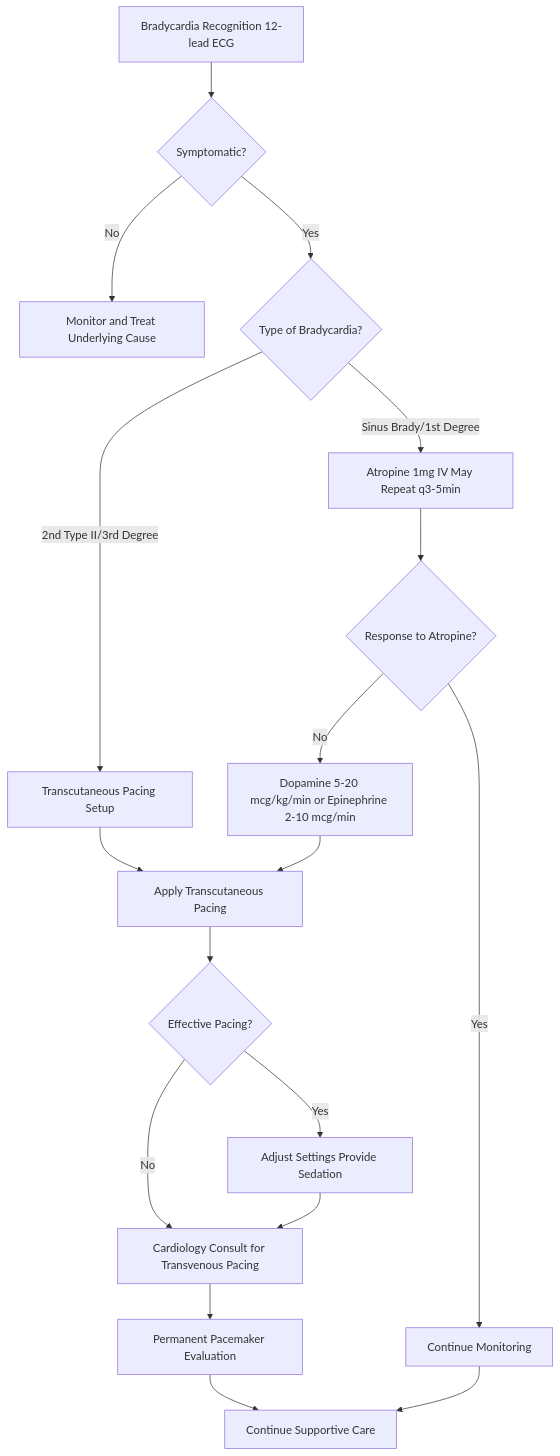
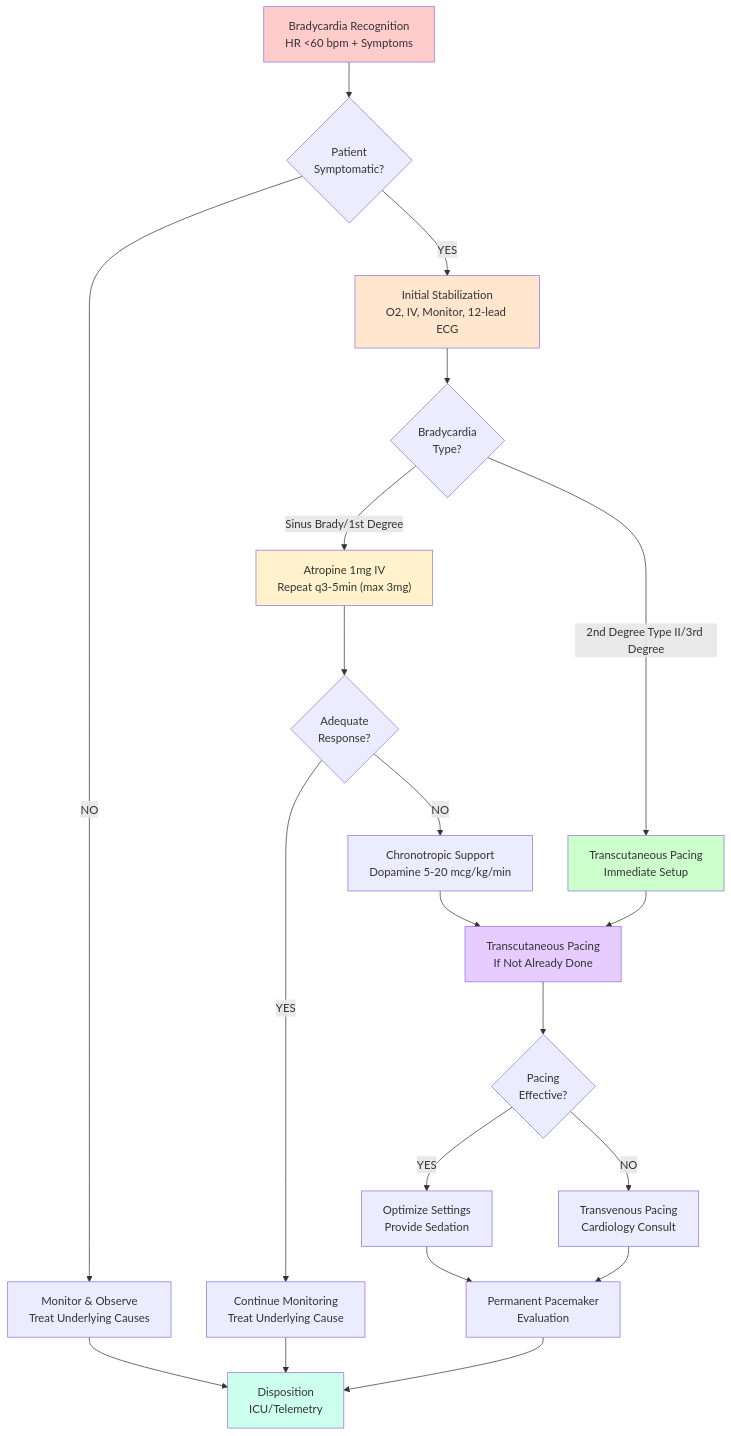
Before and after one commit to bhavenmurji/RapidResponseCentral: the diagram in Assets/RapidResponseCentralDocumentationVault/Protocols/RRTs/Bradycardia.md, drawn with Mermaid. The commit also changed other lines of this file and 6438 other files, not shown here.

````diff
--- a/Assets/RapidResponseCentralDocumentationVault/Protocols/RRTs/Bradycardia.md
+++ b/Assets/RapidResponseCentralDocumentationVault/Protocols/RRTs/Bradycardia.md
@@ -128,36 +11,39 @@
-```mermaid
+~~~mermaid
 graph TD
-    A[Bradycardia Recognition 12-lead ECG]
-    B{Symptomatic?}
-    C[Monitor and Treat Underlying Cause]
-    D{Type of Bradycardia?}
-    E[Atropine 1mg IV May Repeat q3-5min]
-    F[Transcutaneous Pacing Setup]
-    G{Response to Atropine?}
-    H[Continue Monitoring]
-    I[Dopamine 5-20 mcg/kg/min or Epinephrine 2-10 mcg/min]
-    J[Apply Transcutaneous Pacing]
-    K{Effective Pacing?}
-    L[Cardiology Consult for Transvenous Pacing]
-    M[Adjust Settings Provide Sedation]
-    N[Permanent Pacemaker Evaluation]
-    O[Continue Supportive Care]
-
-    A --> B
-    B -- No --> C
-    B -- Yes --> D
-    D -- "Sinus Brady/1st Degree" --> E
-    D -- "2nd Type II/3rd Degree" --> F
-    E --> G
-    F --> J
-    G -- Yes --> H
-    G -- No --> I
-    I --> J
-    J --> K
-    K -- No --> L
-    K -- Yes --> M
-    L --> N
-    M --> L
+    A["Bradycardia Recognition<br/>HR <60 bpm + Symptoms"] --> B{"Patient<br/>Symptomatic?"}
+    
+    B -->|NO| C["Monitor & Observe<br/>Treat Underlying Causes"]
+    B -->|YES| D["Initial Stabilization<br/>O2, IV, Monitor, 12-lead ECG"]
+    
+    D --> E{"Bradycardia<br/>Type?"}
+    
+    E -->|"Sinus Brady/1st Degree"| F["Atropine 1mg IV<br/>Repeat q3-5min (max 3mg)"]
+    E -->|"2nd Degree Type II/3rd Degree"| G["Transcutaneous Pacing<br/>Immediate Setup"]
+    
+    F --> H{"Adequate<br/>Response?"}
+    
+    H -->|YES| I["Continue Monitoring<br/>Treat Underlying Cause"]
+    H -->|NO| J["Chronotropic Support<br/>Dopamine 5-20 mcg/kg/min"]
+    
+    J --> K["Transcutaneous Pacing<br/>If Not Already Done"]
+    G --> K
+    
+    K --> L{"Pacing<br/>Effective?"}
+    
+    L -->|YES| M["Optimize Settings<br/>Provide Sedation"]
+    L -->|NO| N["Transvenous Pacing<br/>Cardiology Consult"]
+    
+    M --> O["Permanent Pacemaker<br/>Evaluation"]
     N --> O
-    H --> O
-```
+    
+    O --> P["Disposition<br/>ICU/Telemetry"]
+    C --> P
+    I --> P
+    
+    style A fill:#ffcccc
+    style D fill:#ffe6cc
+    style F fill:#fff2cc
+    style G fill:#ccffcc
+    style K fill:#e6ccff
+    style P fill:#ccffee
+~~~
````
